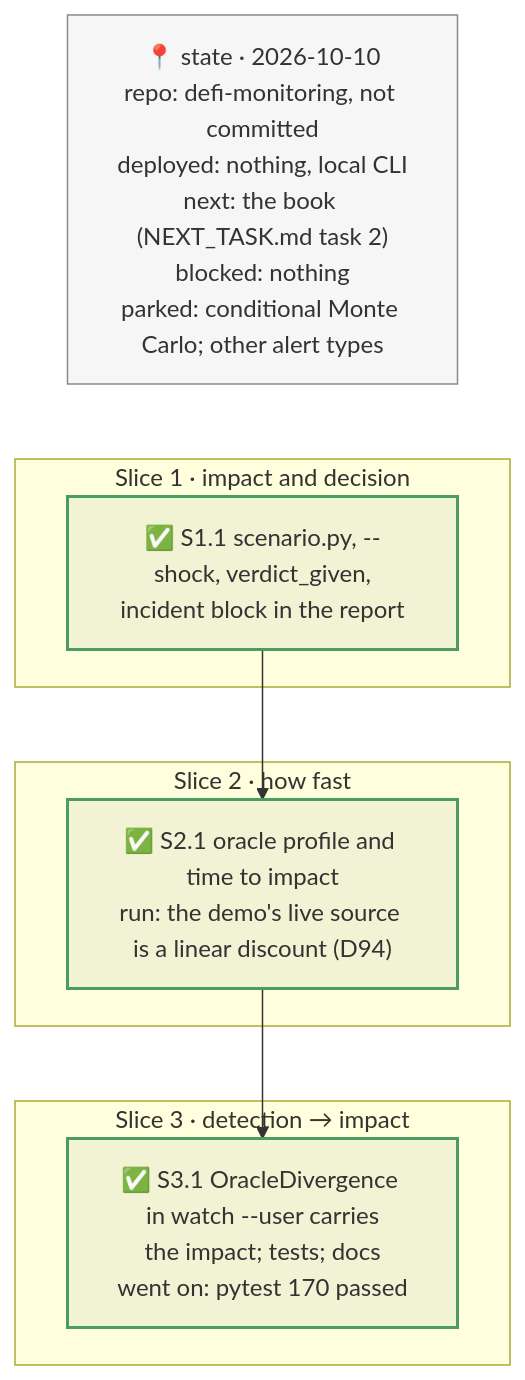
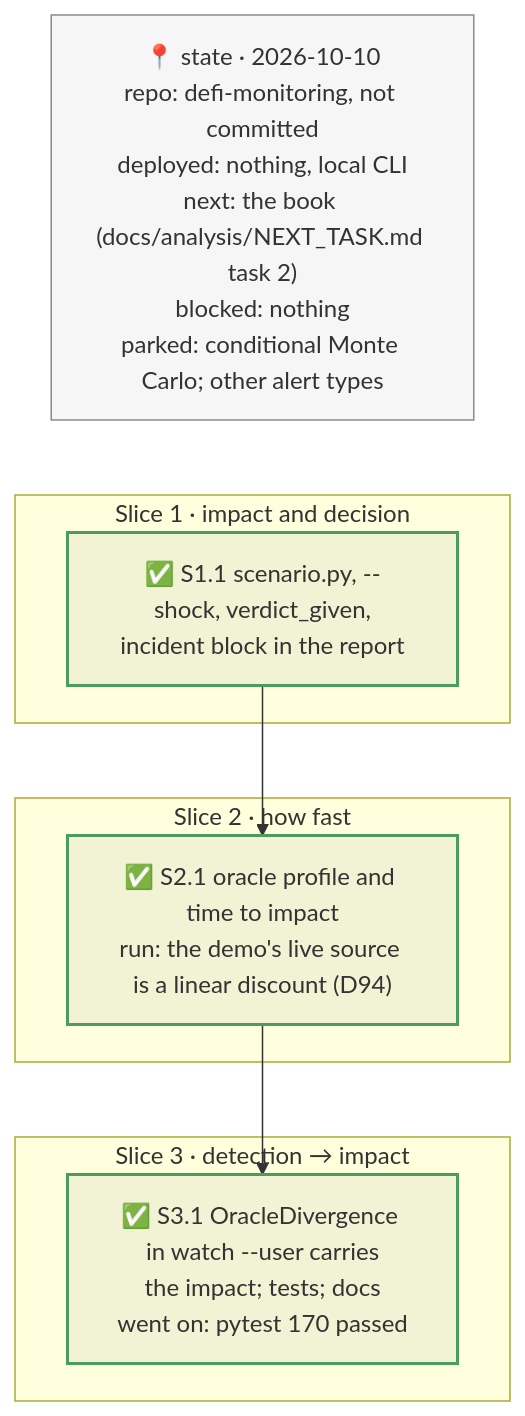
The diagram in plan/2026-10-10-incident-mode.plan.md (rya-sge/defi-monitoring), drawn with Mermaid before and after one commit. The commit also changed other lines of this file and 344 other files, not shown here.

````diff
--- a/plan/2026-10-10-incident-mode.plan.md
+++ b/plan/2026-10-10-incident-mode.plan.md
@@ -11,25 +11,25 @@
 ```mermaid
 flowchart TB
   %% tracker
-  ST["📍 state · 2026-10-10<br/>repo: defi-monitoring, not committed<br/>deployed: nothing, local CLI<br/>next: the book (NEXT_TASK.md task 2)<br/>blocked: nothing<br/>parked: conditional Monte Carlo; other alert types"]
+  ST["📍 state · 2026-10-10<br/>repo: defi-monitoring, not committed<br/>deployed: nothing, local CLI<br/>next: the book (docs/analysis/NEXT_TASK.md task 2)<br/>blocked: nothing<br/>parked: conditional Monte Carlo; other alert types"]
 
   subgraph SL1["Slice 1 · impact and decision"]
     S1.1["✅ S1.1 scenario.py, --shock, verdict_given,<br/>incident block in the report"]
   end
 
   subgraph SL2["Slice 2 · how fast"]
     S2.1["✅ S2.1 oracle profile and time to impact<br/>run: the demo's live source is a linear discount (D94)"]
   end
 
   subgraph SL3["Slice 3 · detection → impact"]
     S3.1["✅ S3.1 OracleDivergence in watch --user carries<br/>the impact; tests; docs<br/>went on: pytest 170 passed"]
   end
 
   ST ~~~ S1.1
   S1.1 --> S2.1 --> S3.1
 
   classDef done stroke:#4a9d5f,stroke-width:2px,fill:#7f7f7f1a
   classDef state stroke:#8a8a8a,stroke-width:1px,fill:#7f7f7f12
   class S1.1,S2.1,S3.1 done
   class ST state
 ```
````
